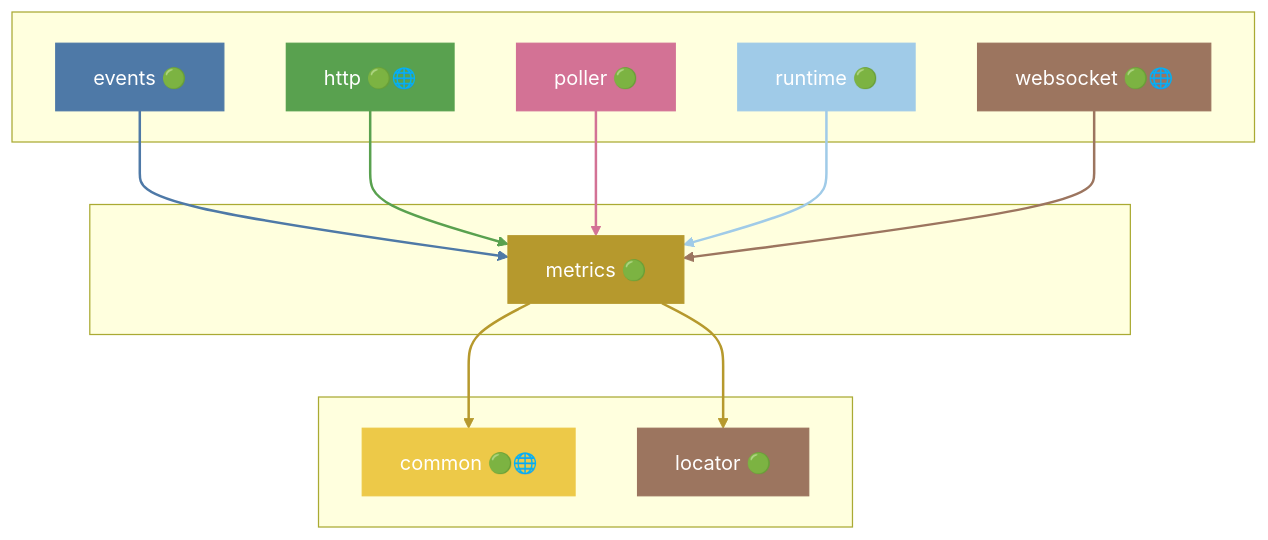
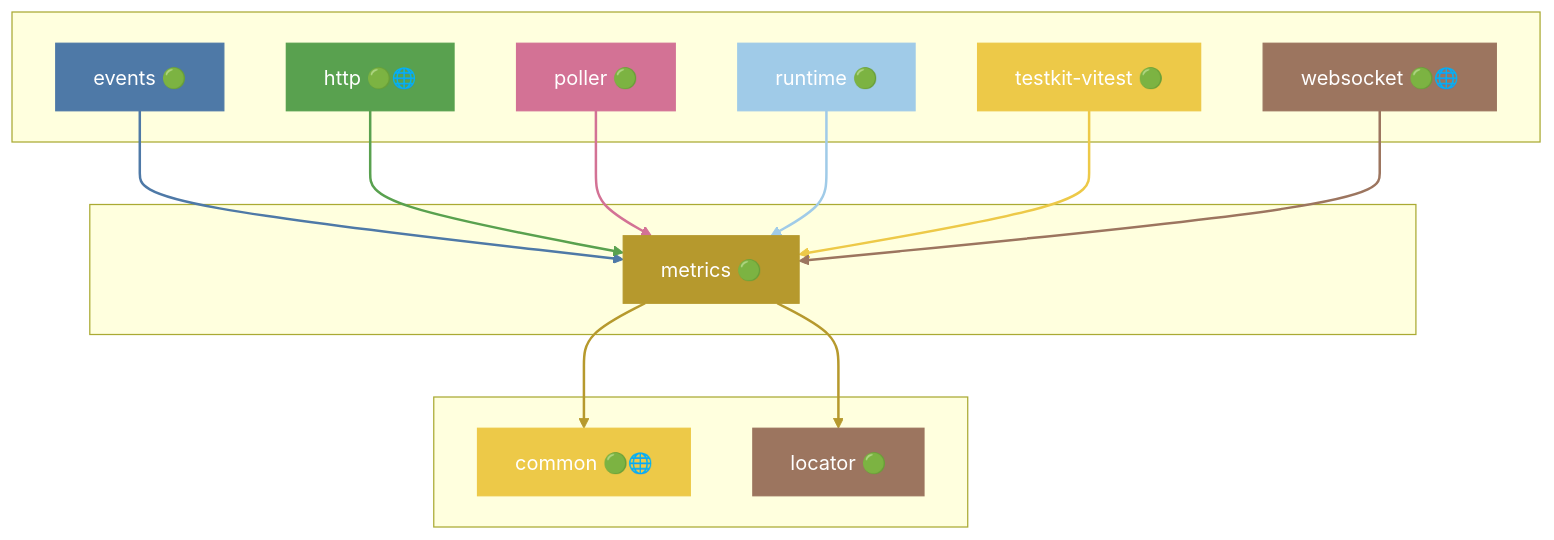
Diagram 32 of 46 in docs/DEPENDENCIES.md (grest-ts/grest-ts), drawn with Mermaid before and after one commit. The commit also changed other lines of this file and 6 other files, not shown here.

````diff
--- a/docs/DEPENDENCIES.md
+++ b/docs/DEPENDENCIES.md
@@ -1581,39 +1613,43 @@
 ```mermaid
 flowchart TB
     subgraph Dependents[" "]
         events["events 🟢"]
         http["http 🟢🌐"]
         poller["poller 🟢"]
         runtime["runtime 🟢"]
+        testkit-vitest["testkit-vitest 🟢"]
         websocket["websocket 🟢🌐"]
     end
     subgraph Package[" "]
         metrics["metrics 🟢"]
     end
     subgraph Dependencies[" "]
         common["common 🟢🌐"]
         locator["locator 🟢"]
     end
     events --> metrics
     http --> metrics
     poller --> metrics
     runtime --> metrics
+    testkit-vitest --> metrics
     websocket --> metrics
     metrics --> common
     metrics --> locator
     style metrics fill:#B6992D,stroke:#B6992D,color:#fff
     style events fill:#4E79A7,stroke:#4E79A7,color:#fff
     style http fill:#59A14F,stroke:#59A14F,color:#fff
     style poller fill:#D37295,stroke:#D37295,color:#fff
     style runtime fill:#A0CBE8,stroke:#A0CBE8,color:#fff
+    style testkit-vitest fill:#EDC948,stroke:#EDC948,color:#fff
     style websocket fill:#9C755F,stroke:#9C755F,color:#fff
     style common fill:#EDC948,stroke:#EDC948,color:#fff
     style locator fill:#9C755F,stroke:#9C755F,color:#fff
     linkStyle 0 stroke:#4E79A7,stroke-width:2px
     linkStyle 1 stroke:#59A14F,stroke-width:2px
     linkStyle 2 stroke:#D37295,stroke-width:2px
     linkStyle 3 stroke:#A0CBE8,stroke-width:2px
-    linkStyle 4 stroke:#9C755F,stroke-width:2px
-    linkStyle 5 stroke:#B6992D,stroke-width:2px
+    linkStyle 4 stroke:#EDC948,stroke-width:2px
+    linkStyle 5 stroke:#9C755F,stroke-width:2px
     linkStyle 6 stroke:#B6992D,stroke-width:2px
+    linkStyle 7 stroke:#B6992D,stroke-width:2px
 ```
````
